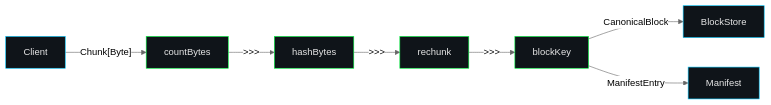
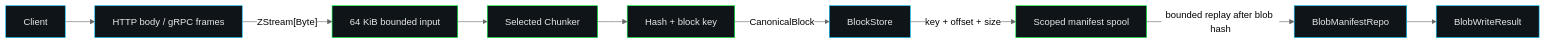
The diagram in docs/end-to-end-upload.md (AdrielC/graviton), drawn with Mermaid (neutral theme) before and after one commit. The commit also changed other lines of this file and 55 other files, not shown here.

````diff
--- a/docs/end-to-end-upload.md
+++ b/docs/end-to-end-upload.md
@@ -7,20 +7,24 @@
 ```mermaid
 flowchart LR
   classDef stage fill:#0f1419,stroke:#00ff41,color:#e6e6e6;
   classDef io fill:#0f1419,stroke:#00c8ff,color:#e6e6e6;
 
   Client["Client"]:::io
-  Count["countBytes"]:::stage
-  Hash["hashBytes"]:::stage
-  Chunk["rechunk"]:::stage
-  Key["blockKey"]:::stage
+  Transport["HTTP body / gRPC frames"]:::io
+  Normalize["64 KiB bounded input"]:::stage
+  Chunk["Selected Chunker"]:::stage
+  Key["Hash + block key"]:::stage
   Store["BlockStore"]:::io
-  Manifest["Manifest"]:::io
+  Spool["Scoped manifest spool"]:::stage
+  Manifest["BlobManifestRepo"]:::io
+  Result["BlobWriteResult"]:::io
 
-  Client -->|"Chunk[Byte]"| Count
-  Count -->|">>>"| Hash
-  Hash -->|">>>"| Chunk
-  Chunk -->|">>>"| Key
+  Client --> Transport
+  Transport -->|"ZStream[Byte]"| Normalize
+  Normalize --> Chunk
+  Chunk --> Key
   Key -->|"CanonicalBlock"| Store
-  Key -->|"ManifestEntry"| Manifest
+  Store -->|"key + offset + size"| Spool
+  Spool -->|"bounded replay after blob hash"| Manifest
+  Manifest --> Result
 ```
````
